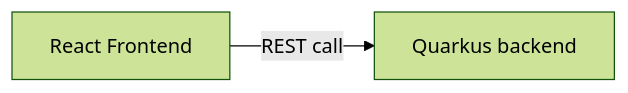
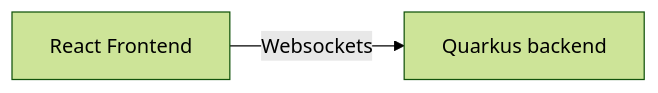
Before and after one commit to marwhals/system-design-notes: the first of 2 diagrams in src/prototypes_and_demos/data_applications.md, drawn with Mermaid (forest theme).

Commit message:
Correction

````diff
--- a/src/prototypes_and_demos/data_applications.md
+++ b/src/prototypes_and_demos/data_applications.md
@@ -14,10 +14,10 @@
 ```mermaid
 graph LR
 
 
 A[React Frontend]
 B[Quarkus backend]
 
-A -->|REST call| B
+A -->|Websockets| B
 
 ```
````
